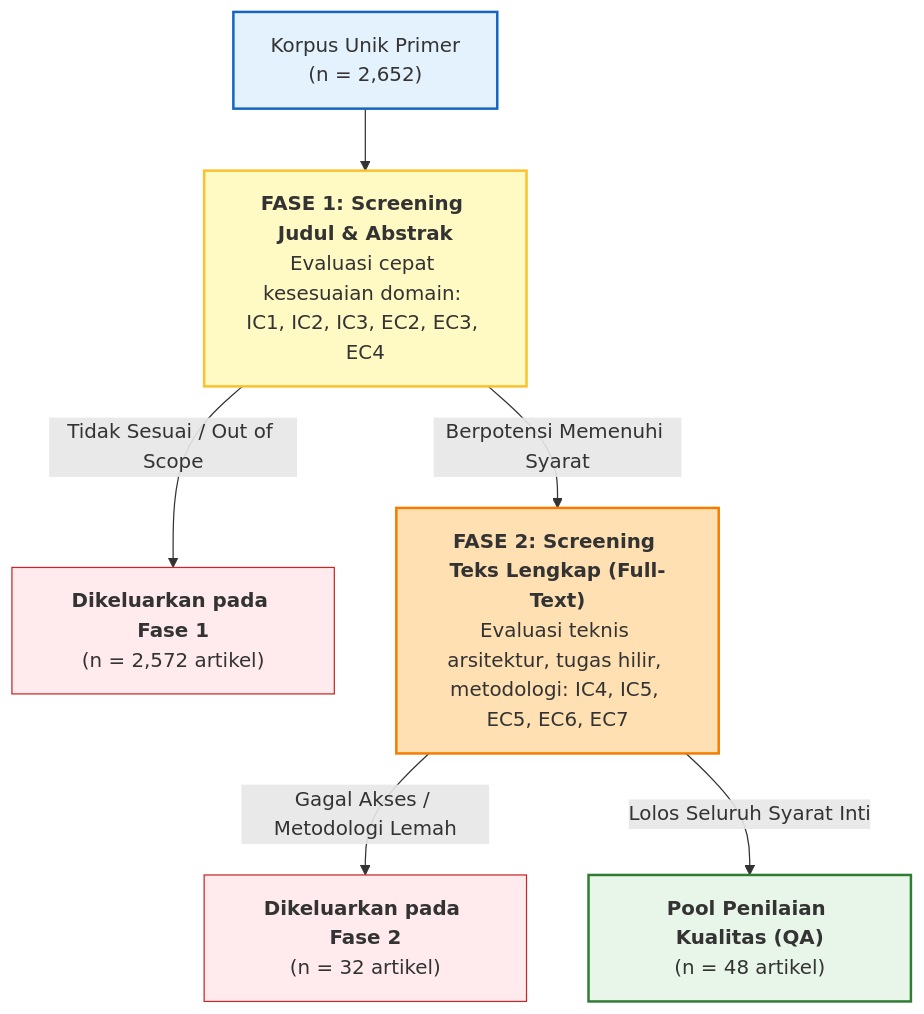
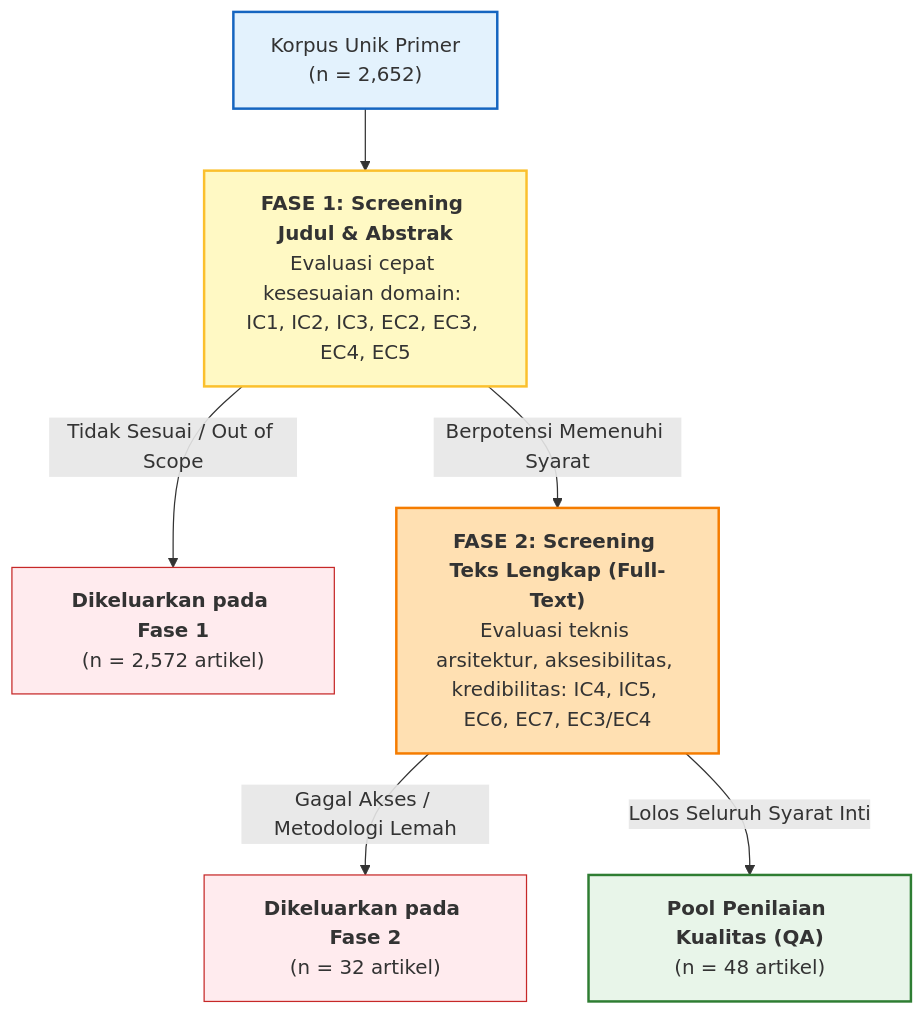
One commit to aryarefman/penulisan-ilmiah changed the first of 2 diagrams in 03_SCREENING_DAN_SELEKSI.md. Above: the diagram before and after it, drawn with Mermaid. The commit also changed other lines of this file and 1 other file, not shown here.

Commit message:
fix(screening): reconcile exclusion metrics, pie chart distribution, and flowchart criteria

````diff
--- a/03_SCREENING_DAN_SELEKSI.md
+++ b/03_SCREENING_DAN_SELEKSI.md
@@ -14,15 +14,15 @@
 ```mermaid
 flowchart TD
-    Start["Korpus Unik Primer<br>(n = 2,652)"] --> S1["<b>FASE 1: Screening Judul & Abstrak</b><br>Evaluasi cepat kesesuaian domain: IC1, IC2, IC3, EC2, EC3, EC4"]
+    Start["Korpus Unik Primer<br>(n = 2,652)"] --> S1["<b>FASE 1: Screening Judul & Abstrak</b><br>Evaluasi cepat kesesuaian domain: IC1, IC2, IC3, EC2, EC3, EC4, EC5"]
     S1 -->|Tidak Sesuai / Out of Scope| Ex1["<b>Dikeluarkan pada Fase 1</b><br>(n = 2,572 artikel)"]
-    S1 -->|Berpotensi Memenuhi Syarat| S2["<b>FASE 2: Screening Teks Lengkap (Full-Text)</b><br>Evaluasi teknis arsitektur, tugas hilir, metodologi: IC4, IC5, EC5, EC6, EC7"]
+    S1 -->|Berpotensi Memenuhi Syarat| S2["<b>FASE 2: Screening Teks Lengkap (Full-Text)</b><br>Evaluasi teknis arsitektur, aksesibilitas, kredibilitas: IC4, IC5, EC6, EC7, EC3/EC4"]
     S2 -->|Gagal Akses / Metodologi Lemah| Ex2["<b>Dikeluarkan pada Fase 2</b><br>(n = 32 artikel)"]
     S2 -->|Lolos Seluruh Syarat Inti| Pool["<b>Pool Penilaian Kualitas (QA)</b><br>(n = 48 artikel)"]
 
     style Start fill:#e3f2fd,stroke:#1565c0,stroke-width:2px
     style S1 fill:#fff9c4,stroke:#fbc02d,stroke-width:2px
     style S2 fill:#ffe0b2,stroke:#f57c00,stroke-width:2px
     style Ex1 fill:#ffebee,stroke:#c62828
     style Ex2 fill:#ffebee,stroke:#c62828
     style Pool fill:#e8f5e9,stroke:#2e7d32,stroke-width:2px
 ```
````
